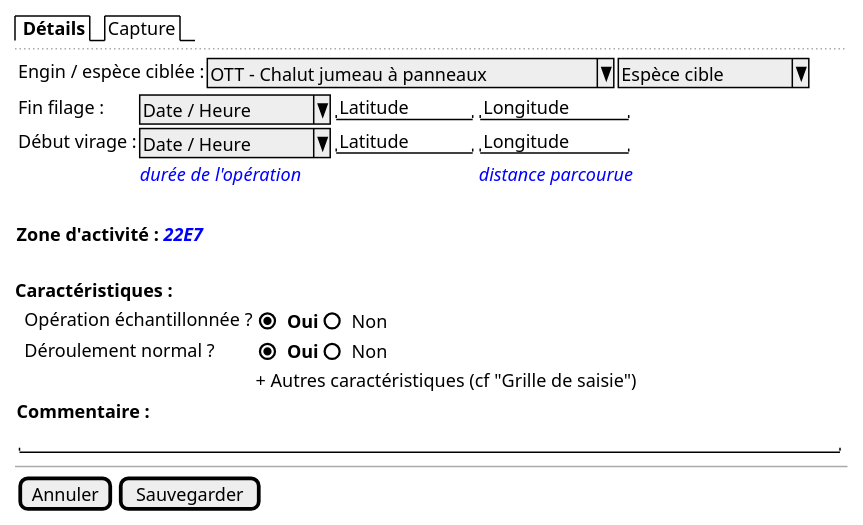
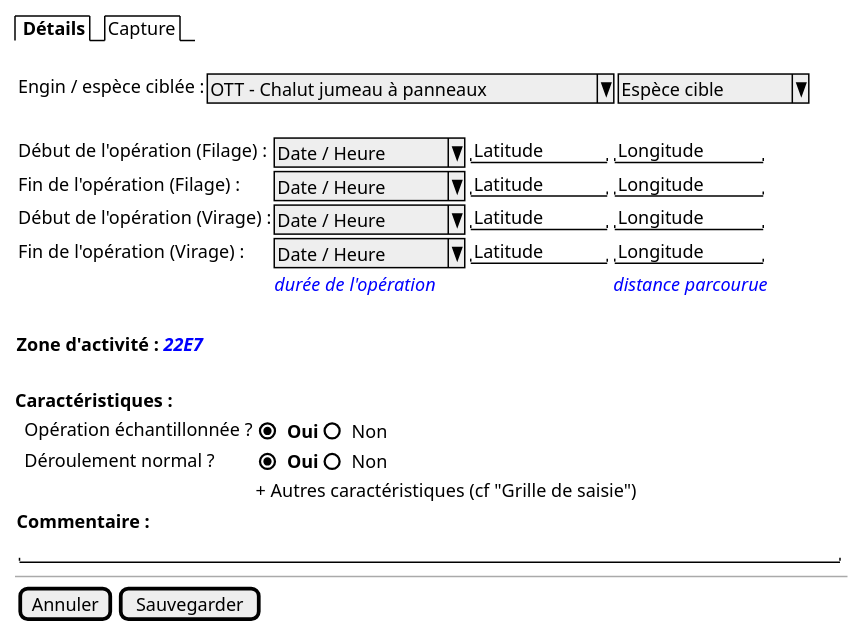
Before and after one commit to sumaris-net/sumaris-doc: the diagram in projects/obsmer/spe/images/operation-trawl.puml, drawn with PlantUML. The commit also changed 2 other files, not shown here.

```diff
--- a/projects/obsmer/spe/images/operation-trawl.puml
+++ b/projects/obsmer/spe/images/operation-trawl.puml
@@ -1,42 +1,43 @@
 @startsalt
 {
 
   {/ <b> Détails | Capture }
-  ..
-
+  .
     {
       { Engin / espèce ciblée : | ^ OTT - Chalut jumeau à panneaux ^ | ^ Espèce cible ^ }
-
+        .
       {
-        Fin filage : | ^ Date / Heure ^ | "Latitude   " | "Longitude   "
-        Début virage :   | ^ Date / Heure ^ | "Latitude   " | "Longitude   "
+        Début de l'opération (Filage) : | ^ Date / Heure ^ | "Latitude   " | "Longitude   "
+        Fin de l'opération (Filage) :   | ^ Date / Heure ^ | "Latitude   " | "Longitude   "
+        Début de l'opération (Virage) : | ^ Date / Heure ^ | "Latitude   " | "Longitude   "
+        Fin de l'opération (Virage) :   | ^ Date / Heure ^ | "Latitude   " | "Longitude   "
         . | <i><color:blue>durée de l'opération | . | <i><color:blue>distance parcourue
       }
     }
     .
     {
     <b>Zone d'activité : <i><color:blue>22E7
     }
     .
 
     <b>Caractéristiques :
 
     {
       . | Opération échantillonnée ? { (X) <b>Oui | () Non }
       . | Déroulement normal ? { (X) <b>Oui | () Non }
       . | . | + Autres caractéristiques (cf "Grille de saisie")
     }
 
     {
         <b>Commentaire :
 
         { "                                                                    "}
     }
 
   --
 
   {
     [Annuler] | [Sauvegarder]
   }
 }
 @endsalt
```
